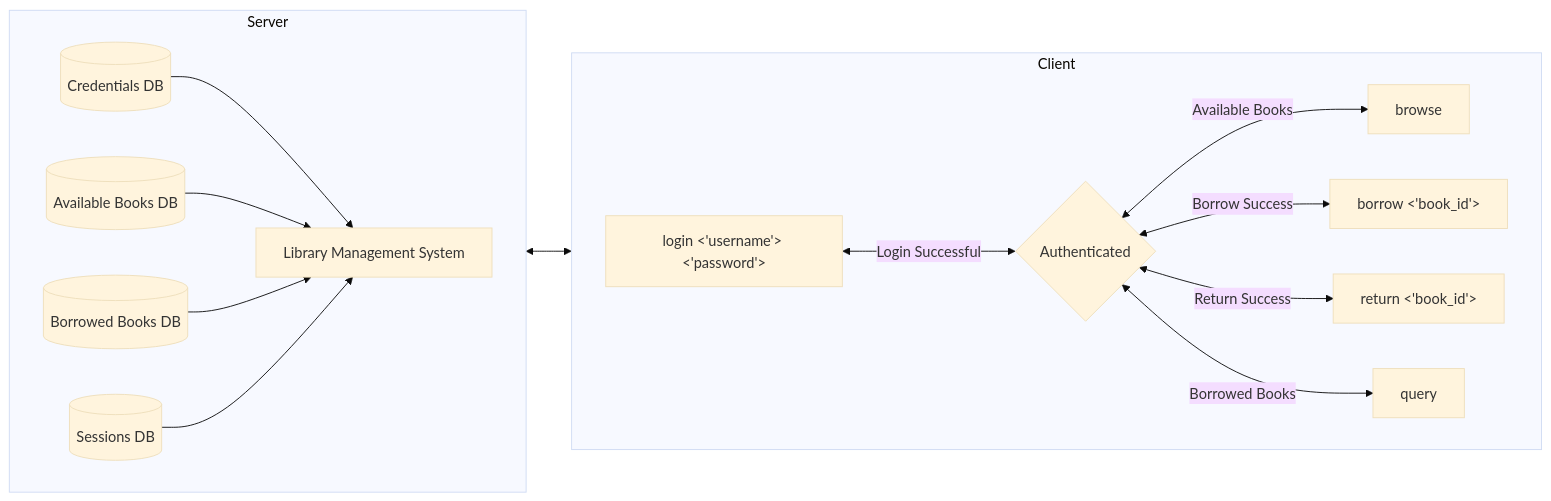
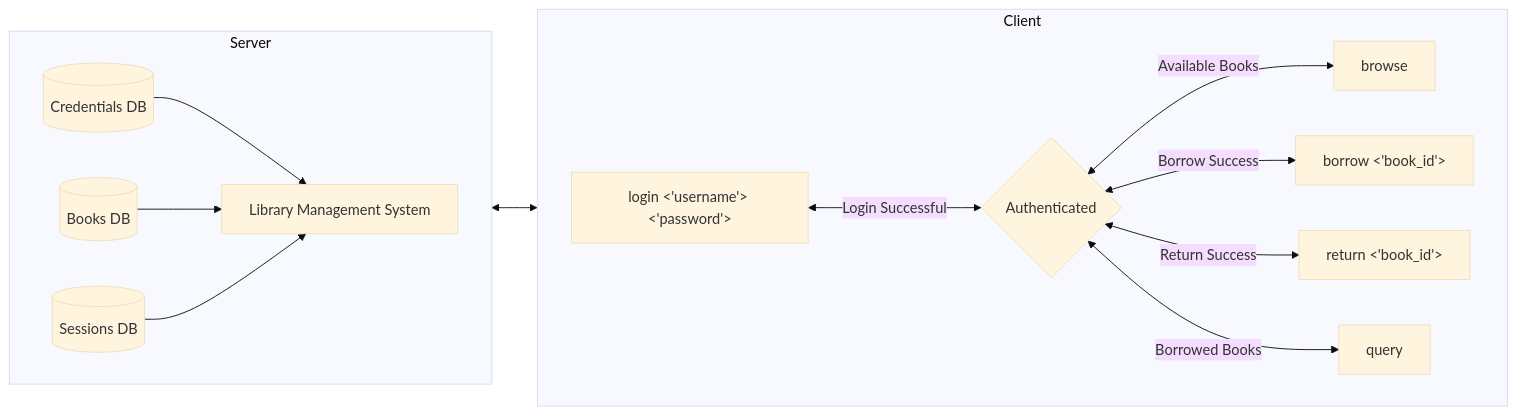
Before and after one commit to NickBarnes574/library_management_system: the diagram in spec.md, drawn with Mermaid (base theme). The commit also changed other lines of this file, not shown here.

Commit message:
consolidate Available Books DB and Borrowed Books DB into Books DB

````diff
--- a/spec.md
+++ b/spec.md
@@ -9,27 +9,26 @@
 ```mermaid
 flowchart RL
     subgraph Client
         direction LR
         C <--Login Successful--> B{Authenticated}
         C[login <'username'> <'password'> ]
         D[browse]
         E[borrow <'book_id'>]
         F[return <'book_id'>]
         G[query]
     end
-   
+
     B <--Available Books--> D
     B <--Borrow Success--> E
     B <--Return Success--> F
     B <--Borrowed Books--> G
 
     subgraph Server
         direction LR
         id1[(Credentials DB)] --> A[Library Management System]
-        id2[(Available Books DB)] --> A[Library Management System]
-        id3[(Borrowed Books DB)] --> A[Library Management System]
-        id4[(Sessions DB)] --> A[Library Management System]
+        id2[(Books DB)] --> A[Library Management System]
+        id3[(Sessions DB)] --> A[Library Management System]
     end
 
     Client <--> Server
 ```
````
